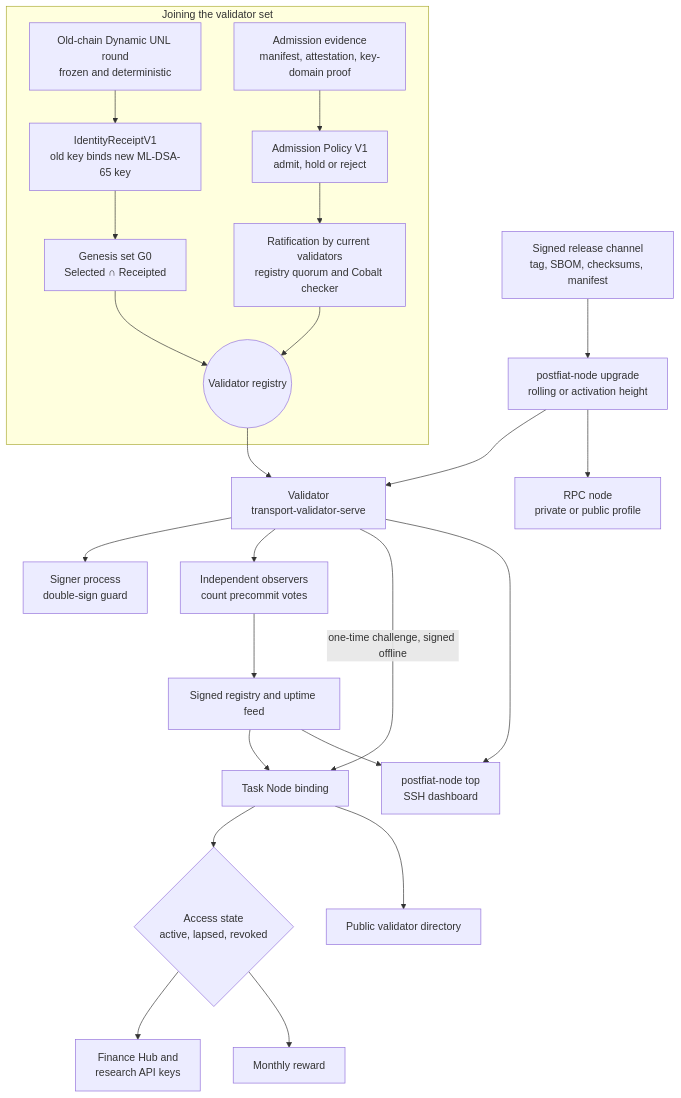
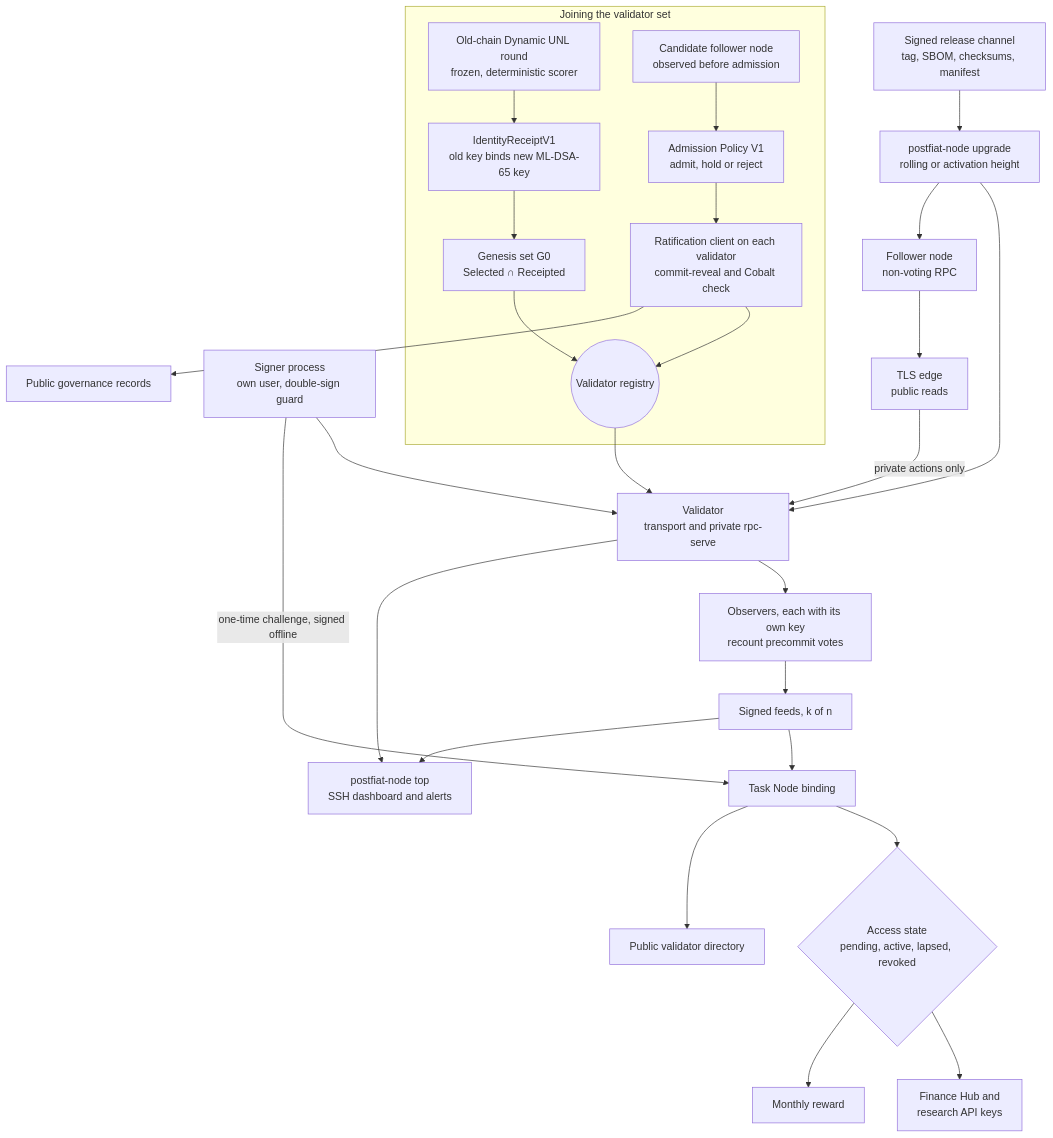
The diagram in big_milestone/pillars/03-validator-program.md (postfiatorg/postfiatl1v2), drawn with Mermaid before and after one commit. The commit also changed other lines of this file and 22 other files, not shown here.

````diff
--- a/big_milestone/pillars/03-validator-program.md
+++ b/big_milestone/pillars/03-validator-program.md
@@ -78,26 +71,29 @@
 ```mermaid
 flowchart TB
     subgraph JOIN["Joining the validator set"]
-        DU["Old-chain Dynamic UNL round<br/>frozen and deterministic"] --> RC["IdentityReceiptV1<br/>old key binds new ML-DSA-65 key"]
+        DU["Old-chain Dynamic UNL round<br/>frozen, deterministic scorer"] --> RC["IdentityReceiptV1<br/>old key binds new ML-DSA-65 key"]
         RC --> G0["Genesis set G0<br/>Selected ∩ Receipted"]
-        EV["Admission evidence<br/>manifest, attestation, key-domain proof"] --> POL["Admission Policy V1<br/>admit, hold or reject"]
-        POL --> RAT["Ratification by current validators<br/>registry quorum and Cobalt checker"]
+        CF["Candidate follower node<br/>observed before admission"] --> POL["Admission Policy V1<br/>admit, hold or reject"]
+        POL --> RAT["Ratification client on each validator<br/>commit-reveal and Cobalt check"]
         G0 --> REG(("Validator registry"))
         RAT --> REG
     end
     R["Signed release channel<br/>tag, SBOM, checksums, manifest"] --> UP["postfiat-node upgrade<br/>rolling or activation height"]
-    UP --> V["Validator<br/>transport-validator-serve"]
-    UP --> P["RPC node<br/>private or public profile"]
-    V --> S["Signer process<br/>double-sign guard"]
+    UP --> V["Validator<br/>transport and private rpc-serve"]
+    UP --> F["Follower node<br/>non-voting RPC"]
+    S["Signer process<br/>own user, double-sign guard"] --> V
     REG --> V
-    V --> OBS["Independent observers<br/>count precommit votes"]
-    OBS --> RJ["Signed registry and uptime feed"]
-    V -->|"one-time challenge, signed offline"| TN["Task Node binding"]
+    F --> EDGE["TLS edge<br/>public reads"]
+    EDGE -->|"private actions only"| V
+    V --> OBS["Observers, each with its own key<br/>recount precommit votes"]
+    OBS --> RJ["Signed feeds, k of n"]
+    S -->|"one-time challenge, signed offline"| TN["Task Node binding"]
     RJ --> TN
-    TN --> ACC{"Access state<br/>active, lapsed, revoked"}
+    TN --> ACC{"Access state<br/>pending, active, lapsed, revoked"}
     ACC --> FH["Finance Hub and<br/>research API keys"]
     ACC --> RW["Monthly reward"]
     TN --> DIR["Public validator directory"]
-    V --> TOP["postfiat-node top<br/>SSH dashboard"]
+    V --> TOP["postfiat-node top<br/>SSH dashboard and alerts"]
     RJ --> TOP
+    RAT --> GOV["Public governance records"]
 ```
````
